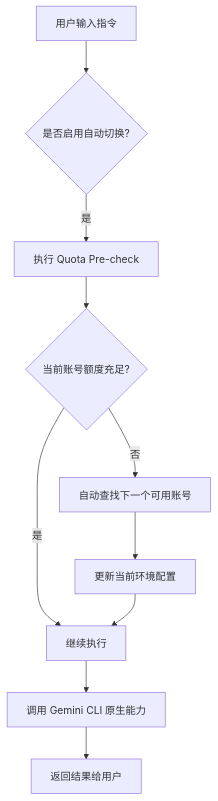
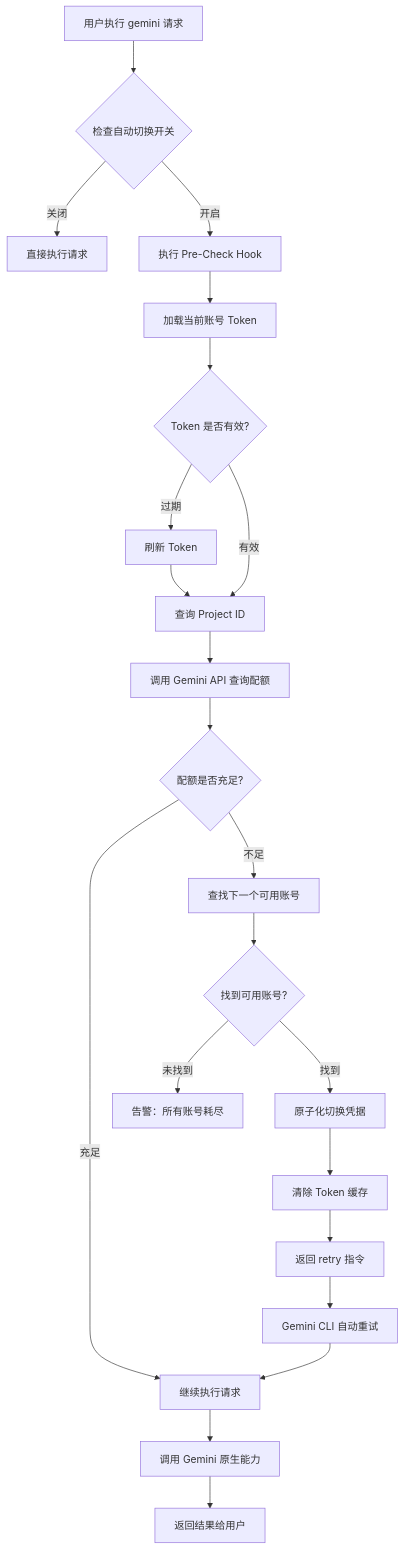
One commit to dong4j/gemini-cli-account-manager changed the second of 2 diagrams in blog/gcam-intro.md. Above: the diagram before and after it, drawn with Mermaid. The commit also changed other lines of this file and 12 other files, not shown here.

````diff
--- a/blog/gcam-intro.md
+++ b/blog/gcam-intro.md
@@ -32,12 +227,32 @@
 ```mermaid
 graph TD
-    A[用户输入指令] --> B{是否启用自动切换?}
-    B -- 是 --> C[执行 Quota Pre-check]
-    C --> D{当前账号额度充足?}
-    D -- 否 --> E[自动查找下一个可用账号]
-    E --> F[更新当前环境配置]
-    D -- 是 --> G[继续执行]
-    F --> G
-    G --> H[调用 Gemini CLI 原生能力]
-    H --> I[返回结果给用户]
+    A[用户执行 gemini 请求] --> B{检查自动切换开关}
+
+    B -->|关闭| C[直接执行请求]
+    B -->|开启| D[执行 Pre-Check Hook]
+
+    D --> E[加载当前账号 Token]
+    E --> F{Token 是否有效?}
+    F -->|过期| G[刷新 Token]
+    F -->|有效| H[查询 Project ID]
+    G --> H
+
+    H --> I[调用 Gemini API 查询配额]
+    I --> J{配额是否充足?}
+
+    J -->|充足| K[继续执行请求]
+    J -->|不足| L[查找下一个可用账号]
+
+    L --> M{找到可用账号?}
+    M -->|未找到| N[告警：所有账号耗尽]
+    M -->|找到| O[原子化切换凭据]
+
+    O --> P[清除 Token 缓存]
+    P --> Q[返回 retry 指令]
+
+    Q --> R[Gemini CLI 自动重试]
+    R --> K
+
+    K --> S[调用 Gemini 原生能力]
+    S --> T[返回结果给用户]
 ```
````
